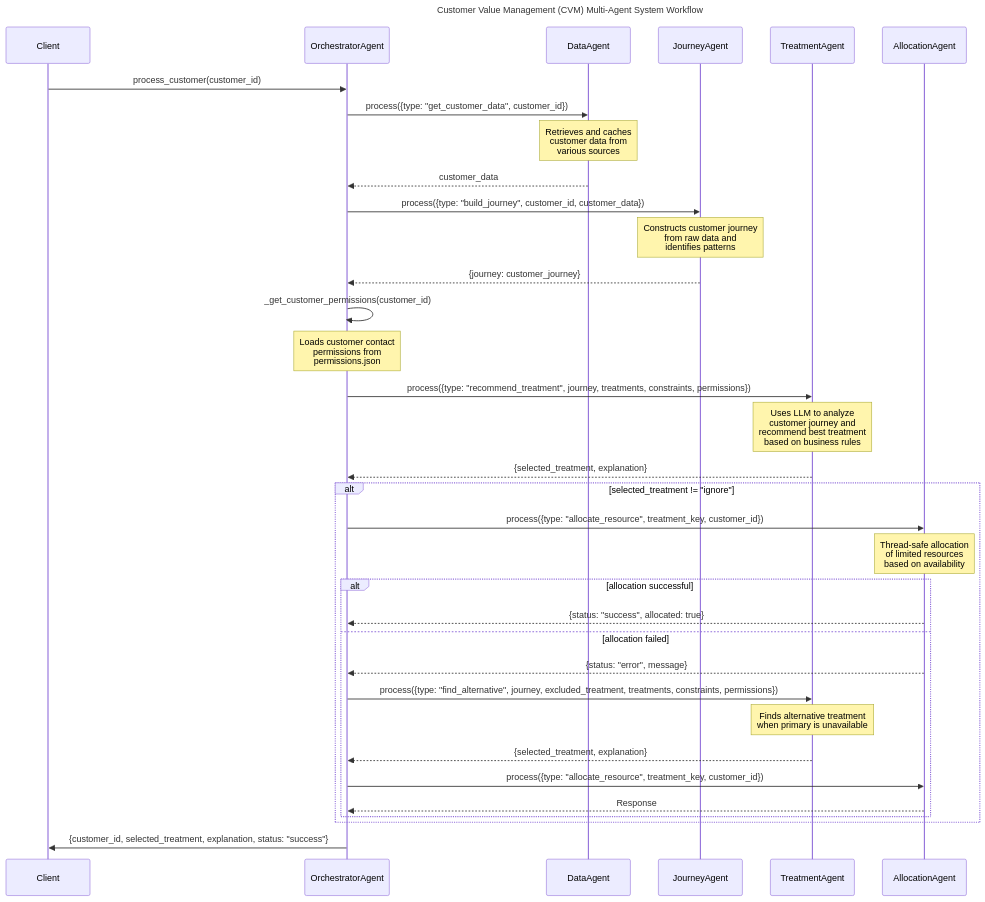
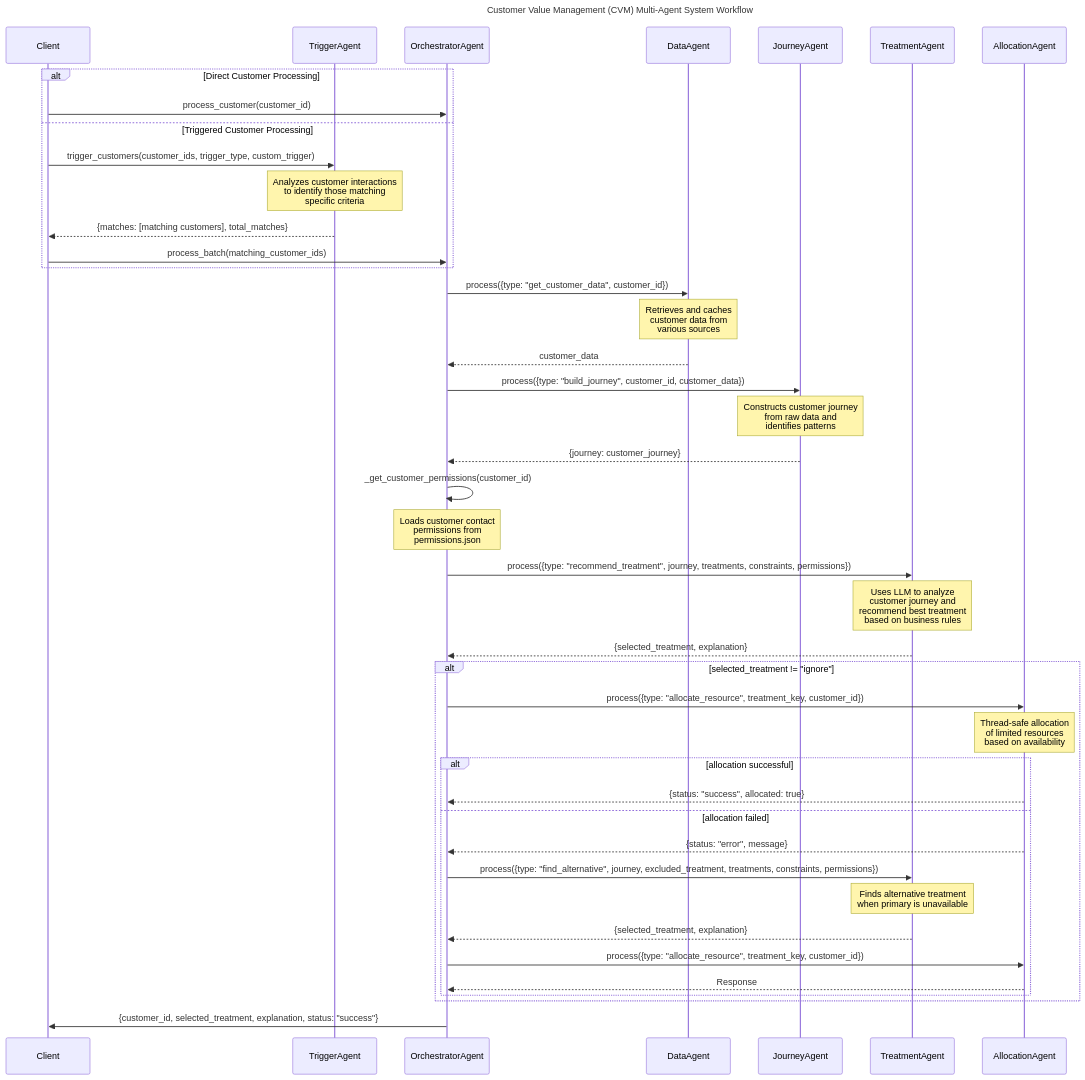
One commit to Tarek0/cvm_agents changed the diagram in diagram.md. Above: the diagram before and after it, drawn with Mermaid. The commit also changed 2 other files, not shown here.

Commit message:
Update architecture documentation to include Trigger agent

````diff
--- a/diagram.md
+++ b/diagram.md
@@ -1,56 +1,65 @@
 ```mermaid
 sequenceDiagram
     title Customer Value Management (CVM) Multi-Agent System Workflow
     
     participant Client
+    participant Trigger as TriggerAgent
     participant Orchestrator as OrchestratorAgent
     participant Data as DataAgent
     participant Journey as JourneyAgent
     participant Treatment as TreatmentAgent
     participant Allocation as AllocationAgent
 
-    Client->>Orchestrator: process_customer(customer_id)
+    alt Direct Customer Processing
+        Client->>Orchestrator: process_customer(customer_id)
+    else Triggered Customer Processing
+        Client->>Trigger: trigger_customers(customer_ids, trigger_type, custom_trigger)
+        Note over Trigger: Analyzes customer interactions<br/>to identify those matching<br/>specific criteria
+        Trigger-->>Client: {matches: [matching customers], total_matches}
+        
+        Client->>Orchestrator: process_batch(matching_customer_ids)
+    end
     
     %% Data Collection Phase
     Orchestrator->>Data: process({type: "get_customer_data", customer_id})
     Note over Data: Retrieves and caches<br/>customer data from<br/>various sources
     Data-->>Orchestrator: customer_data
     
     %% Journey Building Phase
     Orchestrator->>Journey: process({type: "build_journey", customer_id, customer_data})
     Note over Journey: Constructs customer journey<br/>from raw data and<br/>identifies patterns
     Journey-->>Orchestrator: {journey: customer_journey}
     
     %% Permissions Retrieval
     Orchestrator->>Orchestrator: _get_customer_permissions(customer_id)
     Note over Orchestrator: Loads customer contact<br/>permissions from<br/>permissions.json
     
     %% Treatment Recommendation Phase
     Orchestrator->>Treatment: process({type: "recommend_treatment", journey, treatments, constraints, permissions})
     Note over Treatment: Uses LLM to analyze<br/>customer journey and<br/>recommend best treatment<br/>based on business rules
     Treatment-->>Orchestrator: {selected_treatment, explanation}
     
     %% Resource Allocation Phase
     alt selected_treatment != "ignore"
         Orchestrator->>Allocation: process({type: "allocate_resource", treatment_key, customer_id})
         Note over Allocation: Thread-safe allocation<br/>of limited resources<br/>based on availability
         
         alt allocation successful
             Allocation-->>Orchestrator: {status: "success", allocated: true}
         else allocation failed
             Allocation-->>Orchestrator: {status: "error", message}
             
             %% Find Alternative Treatment
             Orchestrator->>Treatment: process({type: "find_alternative", journey, excluded_treatment, treatments, constraints, permissions})
             Note over Treatment: Finds alternative treatment<br/>when primary is unavailable
             Treatment-->>Orchestrator: {selected_treatment, explanation}
             
             %% Try Allocating Alternative
             Orchestrator->>Allocation: process({type: "allocate_resource", treatment_key, customer_id})
             Allocation-->>Orchestrator: Response
         end
     end
     
     %% Result Creation
     Orchestrator->>Client: {customer_id, selected_treatment, explanation, status: "success"}
 ``` 
````
